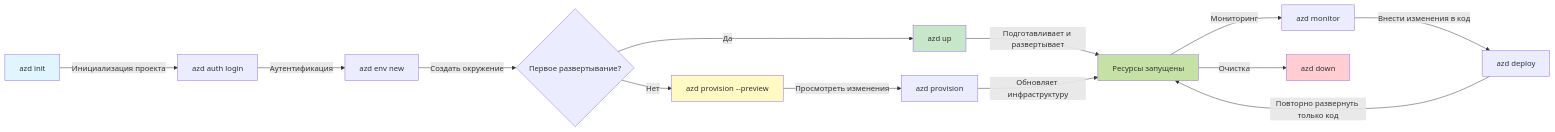
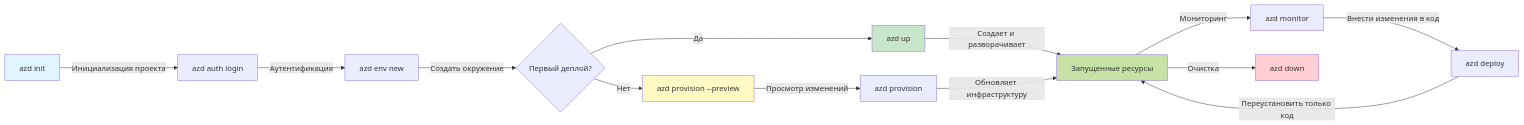
Before and after one commit to microsoft/AZD-for-beginners: the first of 2 diagrams in translations/ru/docs/chapter-01-foundation/azd-basics.md, drawn with Mermaid. The commit also changed other lines of this file and 101 other files, not shown here.

````diff
--- a/translations/ru/docs/chapter-01-foundation/azd-basics.md
+++ b/translations/ru/docs/chapter-01-foundation/azd-basics.md
@@ -254,21 +269,21 @@
 ```mermaid
 graph LR
     A[azd init] -->|Инициализация проекта| B[azd auth login]
     B -->|Аутентификация| C[azd env new]
-    C -->|Создать окружение| D{Первое развертывание?}
+    C -->|Создать окружение| D{Первый деплой?}
     D -->|Да| E[azd up]
     D -->|Нет| F[azd provision --preview]
-    F -->|Просмотреть изменения| G[azd provision]
-    E -->|Подготавливает и развертывает| H[Ресурсы запущены]
+    F -->|Просмотр изменений| G[azd provision]
+    E -->|Создает и разворачивает| H[Запущенные ресурсы]
     G -->|Обновляет инфраструктуру| H
     H -->|Мониторинг| I[azd monitor]
     I -->|Внести изменения в код| J[azd deploy]
-    J -->|Повторно развернуть только код| H
+    J -->|Переустановить только код| H
     H -->|Очистка| K[azd down]
     
     style A fill:#e1f5fe
     style E fill:#c8e6c9
     style F fill:#fff9c4
     style H fill:#c5e1a5
     style K fill:#ffcdd2
-```
+```  
````
